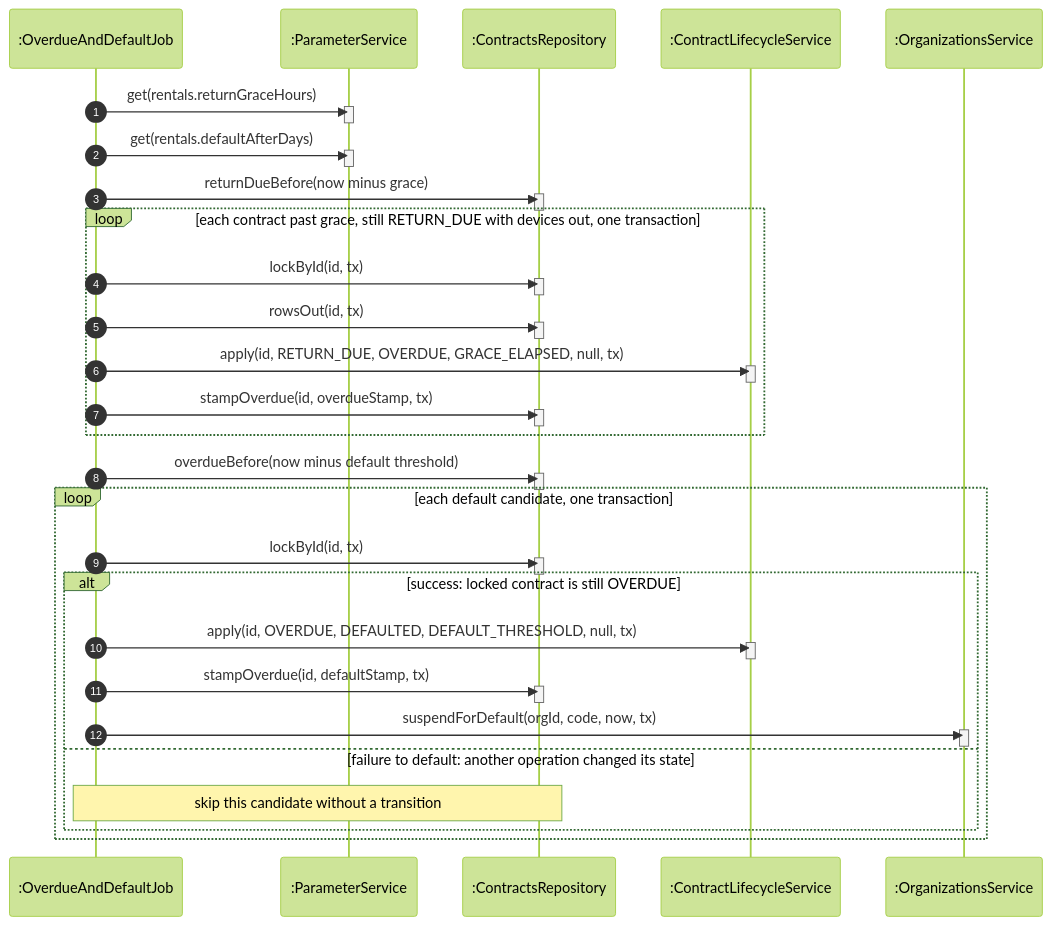
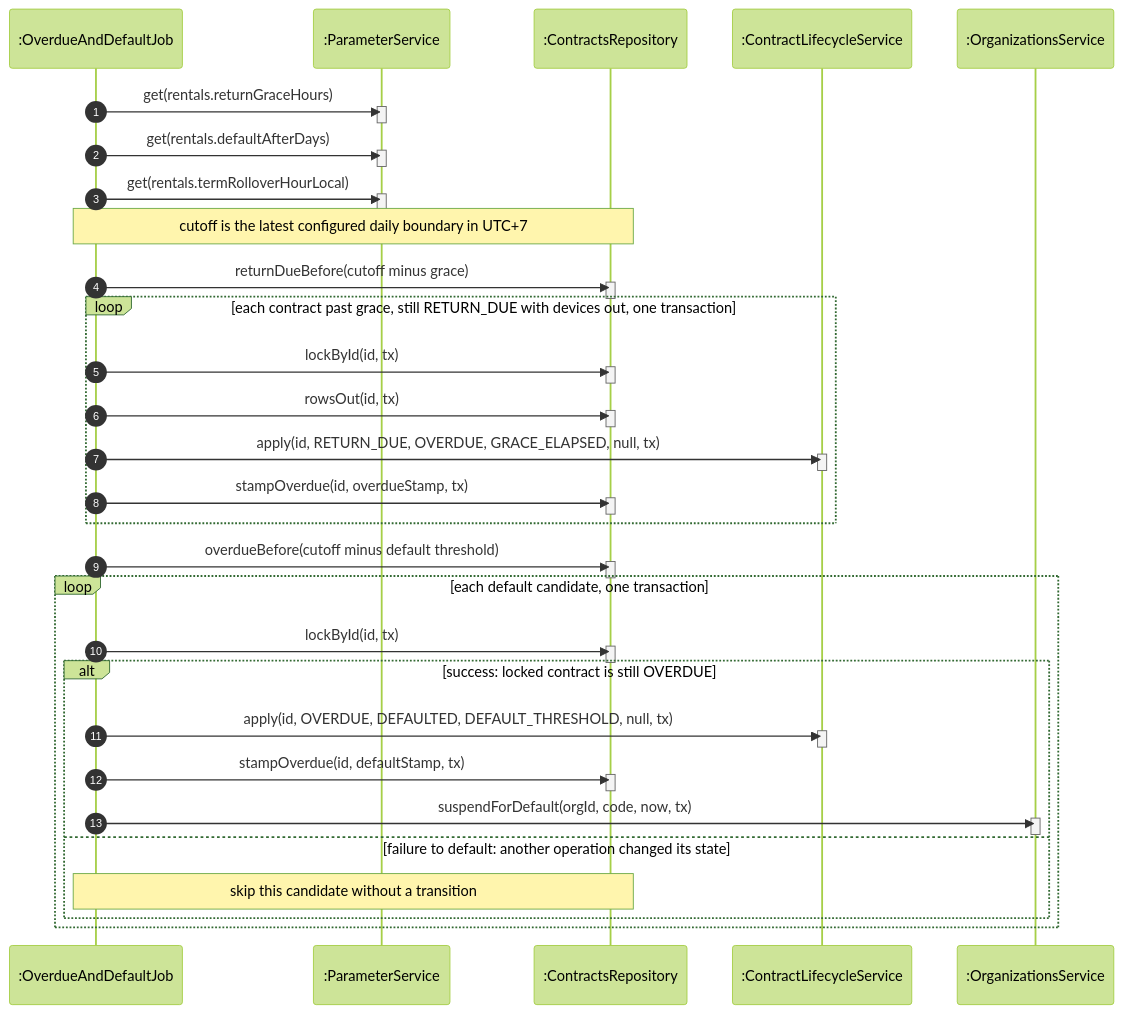
One commit to TrekLink-Team/treklink-web changed diagram 29 of 29 in specs/rentals/design.md. Above: the diagram before and after it, drawn with Mermaid (forest theme). The commit also changed other lines of this file and 26 other files, not shown here.

First line of the commit message:
feat: contract emails to Staff and the organization, daily cutoff for the rental jobs

````diff
--- a/specs/rentals/design.md
+++ b/specs/rentals/design.md
@@ -1199,53 +1236,57 @@
 ```mermaid
 sequenceDiagram
     autonumber
     participant J as :OverdueAndDefaultJob
     participant Pm as :ParameterService
     participant R as :ContractsRepository
     participant L as :ContractLifecycleService
     participant O as :OrganizationsService
     J->>Pm: get(rentals.returnGraceHours)
     activate Pm
     deactivate Pm
     J->>Pm: get(rentals.defaultAfterDays)
     activate Pm
     deactivate Pm
-    J->>R: returnDueBefore(now minus grace)
+    J->>Pm: get(rentals.termRolloverHourLocal)
+    activate Pm
+    deactivate Pm
+    Note over J,R: cutoff is the latest configured daily boundary in UTC+7
+    J->>R: returnDueBefore(cutoff minus grace)
     activate R
     deactivate R
     loop each contract past grace, still RETURN_DUE with devices out, one transaction
         J->>R: lockById(id, tx)
         activate R
         deactivate R
         J->>R: rowsOut(id, tx)
         activate R
         deactivate R
         J->>L: apply(id, RETURN_DUE, OVERDUE, GRACE_ELAPSED, null, tx)
         activate L
         deactivate L
         J->>R: stampOverdue(id, overdueStamp, tx)
         activate R
         deactivate R
     end
-    J->>R: overdueBefore(now minus default threshold)
+    J->>R: overdueBefore(cutoff minus default threshold)
     activate R
     deactivate R
     loop each default candidate, one transaction
         J->>R: lockById(id, tx)
         activate R
         deactivate R
         alt success: locked contract is still OVERDUE
             J->>L: apply(id, OVERDUE, DEFAULTED, DEFAULT_THRESHOLD, null, tx)
             activate L
             deactivate L
             J->>R: stampOverdue(id, defaultStamp, tx)
             activate R
             deactivate R
             J->>O: suspendForDefault(orgId, code, now, tx)
             activate O
             deactivate O
         else failure to default: another operation changed its state
             Note over J,R: skip this candidate without a transition
         end
     end
 ```
````
